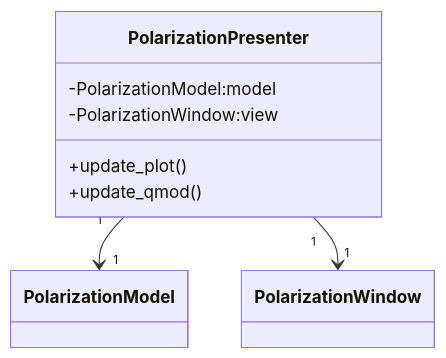
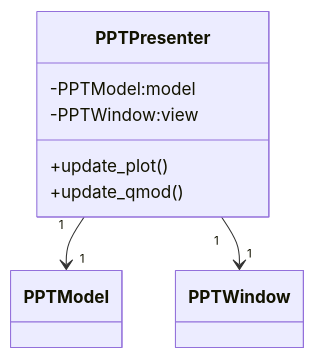
Before and after one commit to neutrons/hyspecppt: the third of 3 diagrams in docs/source/design/polarizationmodel.rst, drawn with Mermaid. The commit also changed other lines of this file and 4 other files, not shown here.

```diff
--- a/docs/source/design/polarizationmodel.rst
+++ b/docs/source/design/polarizationmodel.rst
@@ -115,20 +115,20 @@
 .. mermaid::
 
  classDiagram
-    PolarizationPresenter "1" -->"1" PolarizationModel
-    PolarizationPresenter "1" -->"1" PolarizationWindow
+    PPTPresenter "1" -->"1" PPTModel
+    PPTPresenter "1" -->"1" PPTWindow
 
-    class PolarizationPresenter{
-        -PolarizationModel:model
-        -PolarizationWindow:view
+    class PPTPresenter{
+        -PPTModel:model
+        -PPTWindow:view
         +update_plot()
         +update_qmod()
     }
 
-    class PolarizationModel{
+    class PPTModel{
         <from above>
     }
 
-    class PolarizationWindow{
+    class PPTWindow{
         <from above>
     }
```
